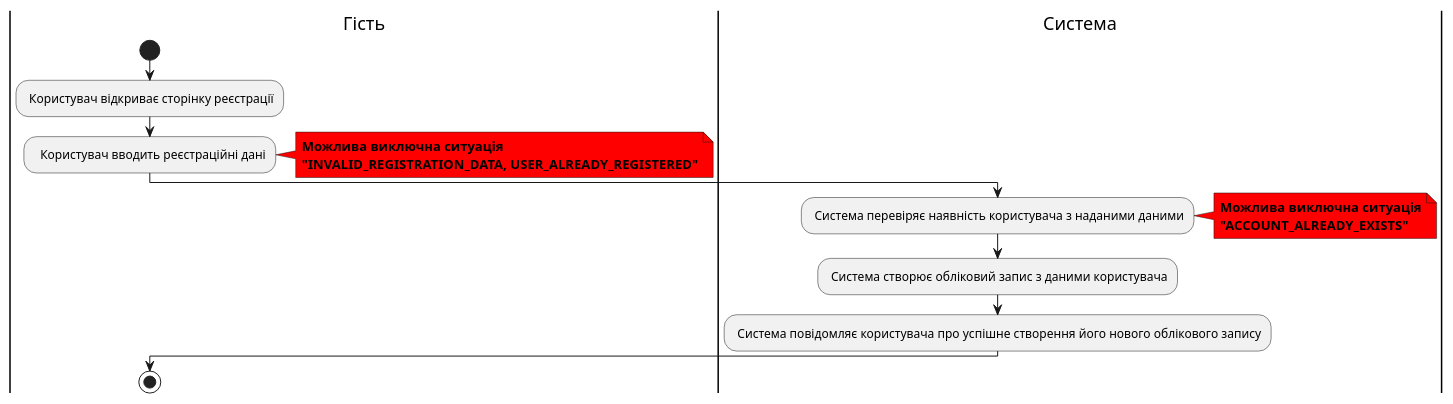
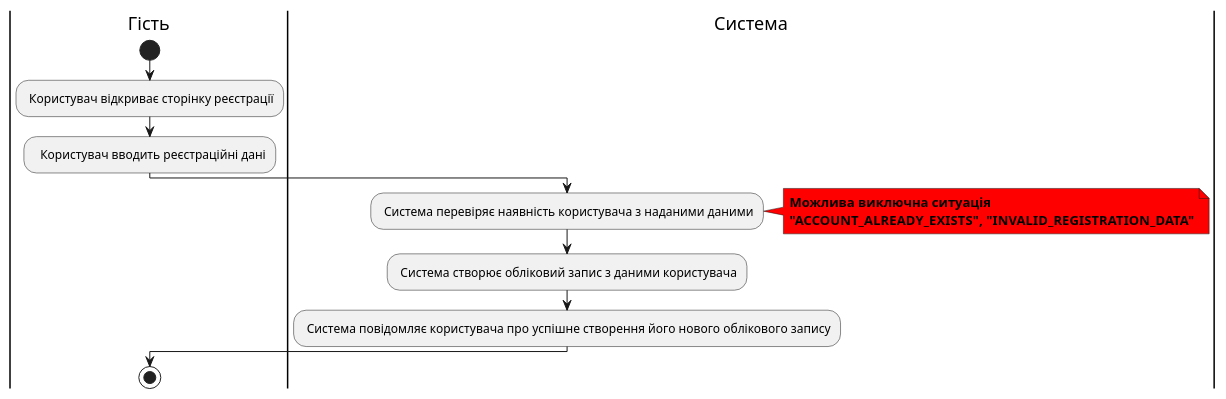
The fifth of 6 diagrams in docs/use_cases.md (zhkcll/lab6), drawn with PlantUML before and after one commit.

````diff
--- a/docs/use_cases.md
+++ b/docs/use_cases.md
@@ -135,25 +135,21 @@
 ```plantuml
 @startuml
 |Гість|
 start
 : Користувач відкриває сторінку реєстрації;
 :  Користувач вводить реєстраційні дані;
-note right #ff0000
-<b>Можлива виключна ситуація</b>
-<b>"INVALID_REGISTRATION_DATA, USER_ALREADY_REGISTERED"</b>
-end note
 
 |Система|
 : Система перевіряє наявність користувача з наданими даними;
 note right #ff0000
 <b>Можлива виключна ситуація</b>
-<b>"ACCOUNT_ALREADY_EXISTS"</b>
+<b>"ACCOUNT_ALREADY_EXISTS", "INVALID_REGISTRATION_DATA"</b>
 end note
 : Система створює обліковий запис з даними користувача;
 : Система повідомляє користувача про успішне створення його нового облікового запису;
 
 |Гість|
 stop
 
 @enduml
 ```
````
